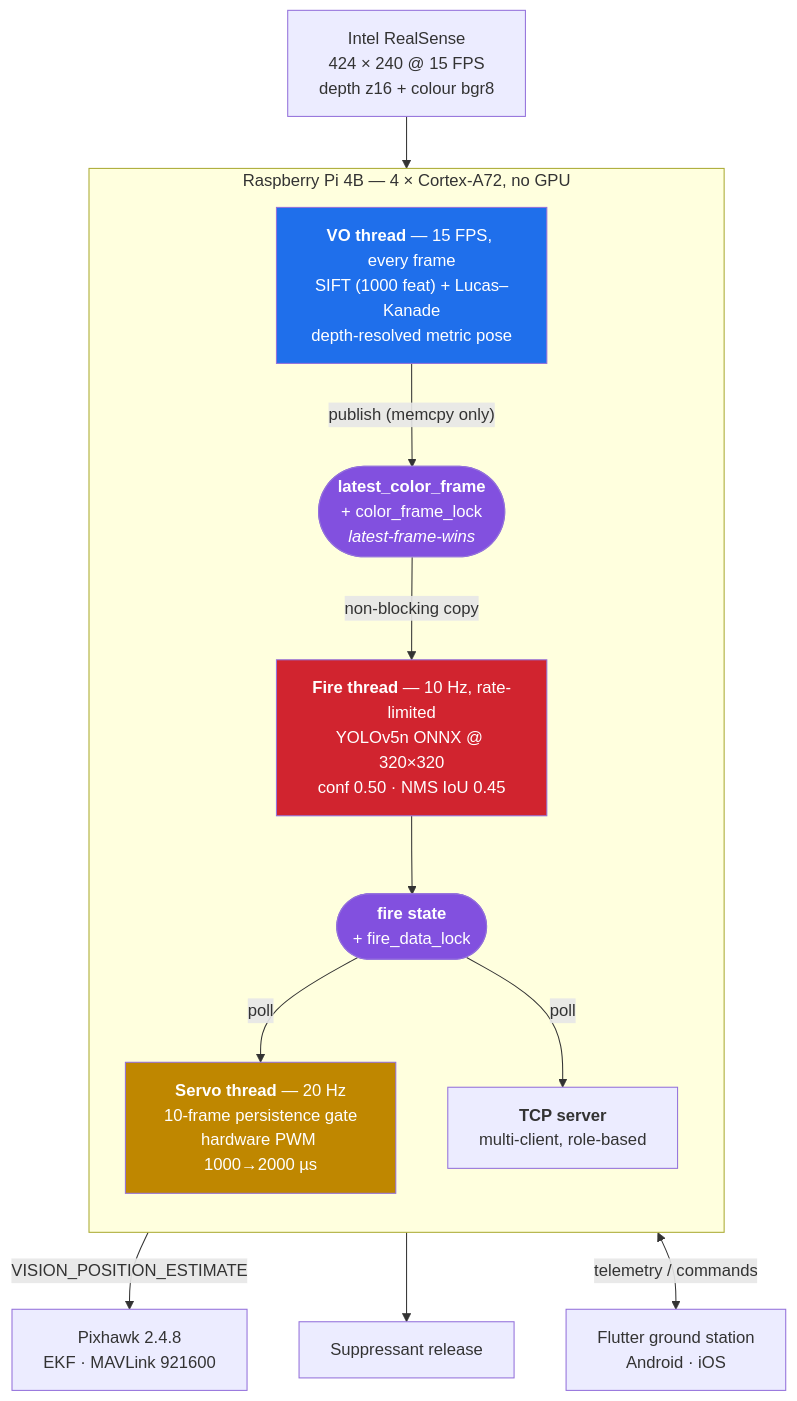
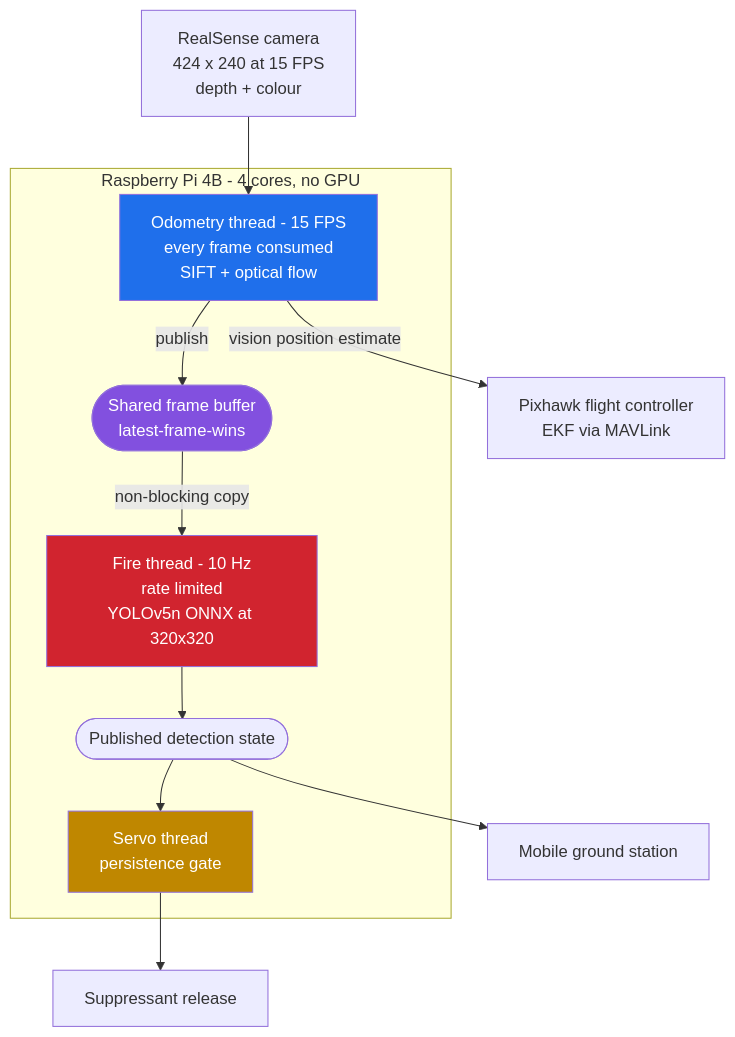
One commit to Husnaiin/Fire_Detector changed the diagram in README.md. Above: the diagram before and after it, drawn with Mermaid. The commit also changed other lines of this file, not shown here.

````diff
--- a/README.md
+++ b/README.md
@@ -140,36 +48,30 @@
 ```mermaid
 flowchart TD
-    CAM["Intel RealSense<br/>424 × 240 @ 15 FPS<br/>depth z16 + colour bgr8"]
+    CAM["RealSense camera<br/>424 x 240 at 15 FPS<br/>depth + colour"]
+
+    subgraph PI["Raspberry Pi 4B - 4 cores, no GPU"]
+        VO["Odometry thread - 15 FPS<br/>every frame consumed<br/>SIFT + optical flow"]
+        BUS(["Shared frame buffer<br/>latest-frame-wins"])
+        FD["Fire thread - 10 Hz<br/>rate limited<br/>YOLOv5n ONNX at 320x320"]
+        STATE(["Published detection state"])
+        SERVO["Servo thread<br/>persistence gate"]
+    end
+
+    PX["Pixhawk flight controller<br/>EKF via MAVLink"]
+    PAY["Suppressant release"]
+    APP["Mobile ground station"]
 
     CAM --> VO
-
-    subgraph PI["Raspberry Pi 4B — 4 × Cortex-A72, no GPU"]
-        direction TB
-
-        VO["<b>VO thread</b> — 15 FPS, every frame<br/>SIFT (1000 feat) + Lucas–Kanade<br/>depth-resolved metric pose"]
-        BUS(["<b>latest_color_frame</b><br/>+ color_frame_lock<br/><i>latest-frame-wins</i>"])
-        FD["<b>Fire thread</b> — 10 Hz, rate-limited<br/>YOLOv5n ONNX @ 320×320<br/>conf 0.50 · NMS IoU 0.45"]
-        STATE(["<b>fire state</b><br/>+ fire_data_lock"])
-        SERVO["<b>Servo thread</b> — 20 Hz<br/>10-frame persistence gate<br/>hardware PWM 1000→2000 µs"]
-        TCP["<b>TCP server</b><br/>multi-client, role-based"]
-    end
-
-    PX["Pixhawk 2.4.8<br/>EKF · MAVLink 921600"]
-    APP["Flutter ground station<br/>Android · iOS"]
-    PAY["Suppressant release"]
-
-    VO -->|"publish (memcpy only)"| BUS
-    BUS -->|"non-blocking copy"| FD
+    VO -->|publish| BUS
+    BUS -->|non-blocking copy| FD
     FD --> STATE
-    STATE -->|poll| SERVO
-    STATE -->|poll| TCP
-    VO -->|"VISION_POSITION_ESTIMATE"| PX
+    STATE --> SERVO
+    STATE --> APP
+    VO -->|vision position estimate| PX
     SERVO --> PAY
-    TCP <-->|"telemetry / commands"| APP
 
     style VO fill:#1f6feb,color:#fff
     style FD fill:#d1242f,color:#fff
     style BUS fill:#8250df,color:#fff
-    style STATE fill:#8250df,color:#fff
     style SERVO fill:#bf8700,color:#fff
 ```
````
